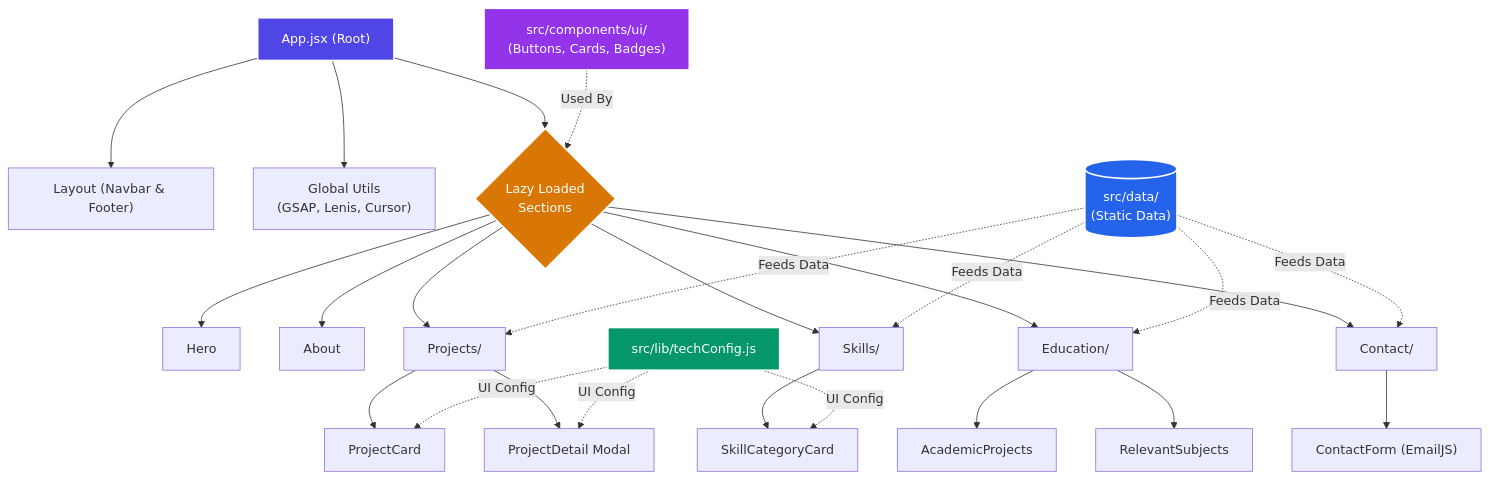
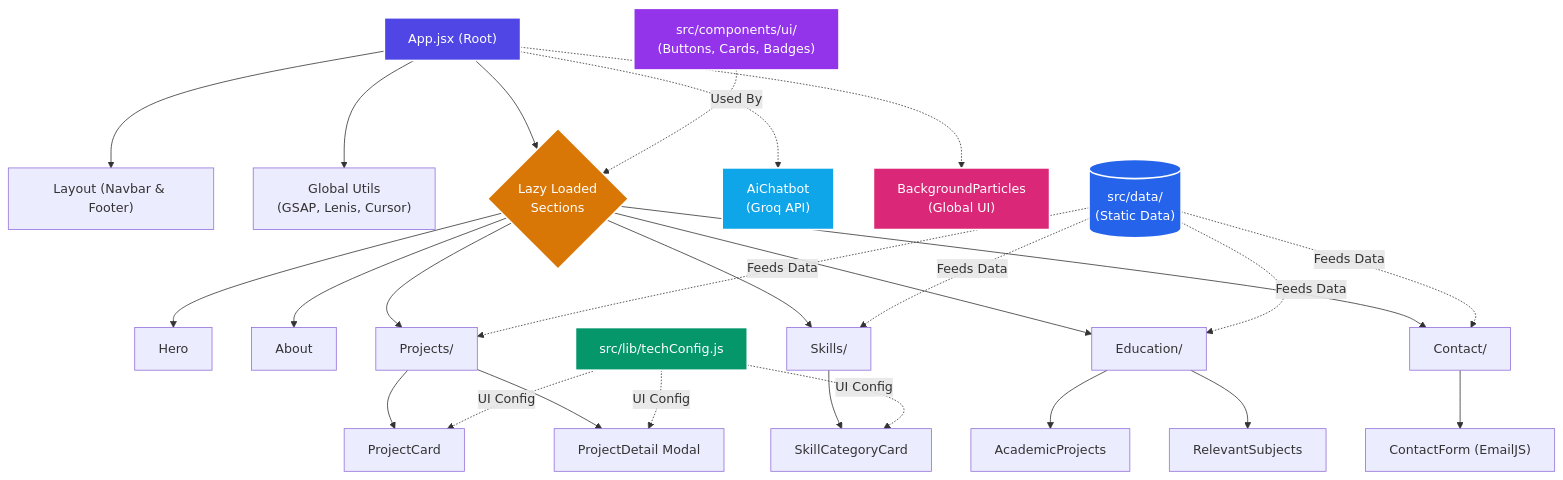
The diagram in README.md (SiratimMChy/My-Modern-Portfolio), drawn with Mermaid before and after one commit. The commit also changed other lines of this file, not shown here.

````diff
--- a/README.md
+++ b/README.md
@@ -116,43 +115,47 @@
 ```mermaid
 graph TD
     %% Global & Layout
     A["App.jsx (Root)"] --> Layout["Layout (Navbar & Footer)"]
     A --> Utils["Global Utils<br/>(GSAP, Lenis, Cursor)"]
     A --> Sections{"Lazy Loaded<br/>Sections"}
+    A -.-> AI["AiChatbot<br/>(Groq API)"]
+    A -.-> BG["BackgroundParticles<br/>(Global UI)"]
     
     %% Sections
     Sections --> Hero["Hero"]
     Sections --> About["About"]
     Sections --> Projects["Projects/"]
     Sections --> Skills["Skills/"]
     Sections --> Education["Education/"]
     Sections --> Contact["Contact/"]
     
     %% Sub-components
     Projects --> PC["ProjectCard"]
     Projects --> PD["ProjectDetail Modal"]
     Skills --> SC["SkillCategoryCard"]
     Education --> AP["AcademicProjects"]
     Education --> RS["RelevantSubjects"]
     Contact --> CF["ContactForm (EmailJS)"]
     
     %% Data & Config
     Data[("src/data/<br/>(Static Data)")] -. "Feeds Data" .-> Projects
     Data -. "Feeds Data" .-> Skills
     Data -. "Feeds Data" .-> Education
     Data -. "Feeds Data" .-> Contact
     
     Config["src/lib/techConfig.js"] -. "UI Config" .-> PC
     Config -. "UI Config" .-> PD
     Config -. "UI Config" .-> SC
     
     %% Shared UI
     UI["src/components/ui/<br/>(Buttons, Cards, Badges)"] -. "Used By" .-> Sections
     
     %% Styling
     style A fill:#4F46E5,stroke:#fff,stroke-width:2px,color:#fff
     style Sections fill:#D97706,stroke:#fff,stroke-width:2px,color:#fff
     style Data fill:#2563EB,stroke:#fff,stroke-width:2px,color:#fff
     style Config fill:#059669,stroke:#fff,stroke-width:2px,color:#fff
     style UI fill:#9333EA,stroke:#fff,stroke-width:2px,color:#fff
+    style AI fill:#0EA5E9,stroke:#fff,stroke-width:2px,color:#fff
+    style BG fill:#db2777,stroke:#fff,stroke-width:2px,color:#fff
 ```
````
